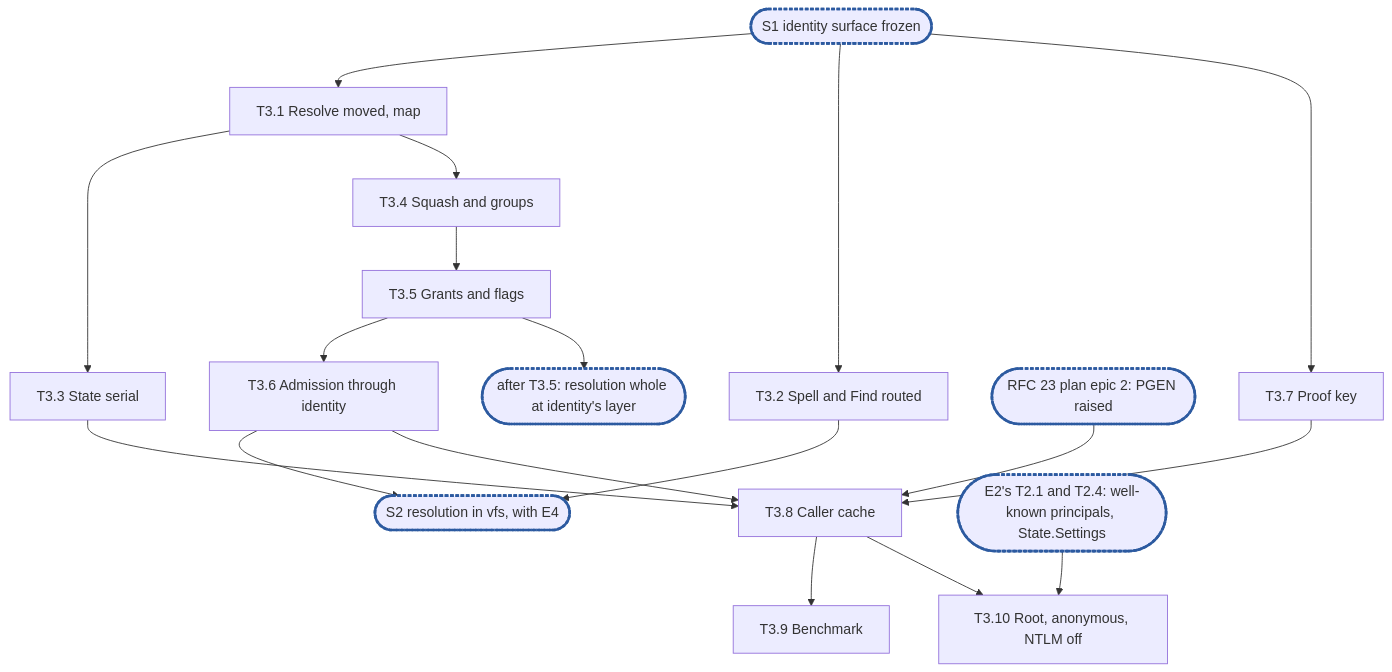
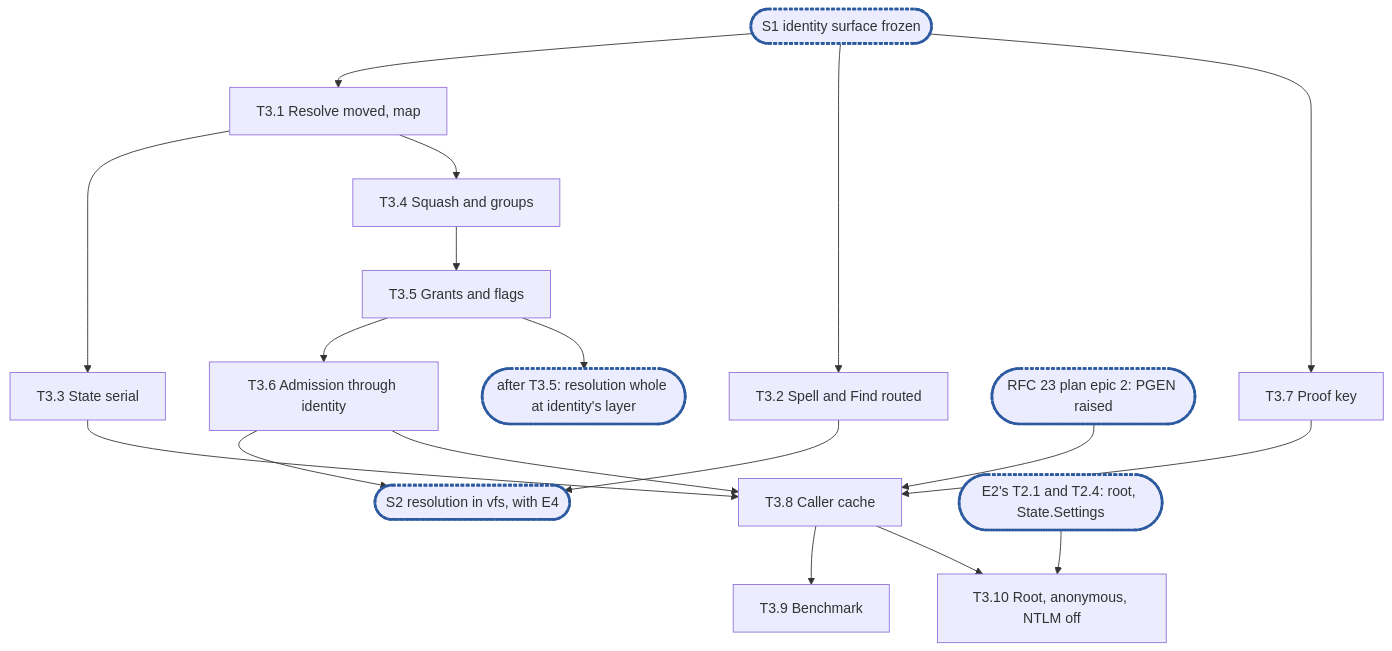
One commit to cubbit/dittofs changed the diagram in docs/internals/planning/rfc-18-identity-epic3.md. Above: the diagram before and after it, drawn with Mermaid. The commit also changed other lines of this file, not shown here.

````diff
--- a/docs/internals/planning/rfc-18-identity-epic3.md
+++ b/docs/internals/planning/rfc-18-identity-epic3.md
@@ -560,16 +597,16 @@
 ```mermaid
 flowchart TD
   S1(["S1 identity surface frozen"]):::sync --> T3_1["T3.1 Resolve moved, map"]
   S1 --> T3_2["T3.2 Spell and Find routed"]
   T3_1 --> T3_3["T3.3 State serial"]
   T3_1 --> T3_4["T3.4 Squash and groups"] --> T3_5["T3.5 Grants and flags"] --> T3_6["T3.6 Admission through identity"]
   S1 --> T3_7["T3.7 Proof key"]
   T3_2 & T3_6 --> S2(["S2 resolution in vfs, with E4"]):::sync
   X1(["RFC 23 plan epic 2: PGEN raised"]):::sync --> T3_8
   T3_3 & T3_6 & T3_7 --> T3_8["T3.8 Caller cache"]
   T3_8 --> T3_9["T3.9 Benchmark"]
-  E2(["E2's T2.1 and T2.4: well-known principals, State.Settings"]):::sync --> T3_10["T3.10 Root, anonymous, NTLM off"]
+  E2(["E2's T2.1 and T2.4: root, State.Settings"]):::sync --> T3_10["T3.10 Root, anonymous, NTLM off"]
   T3_8 --> T3_10
   T3_5 --> C1(["after T3.5: resolution whole at identity's layer"]):::sync
   classDef sync stroke:#2c5aa0,stroke-width:3px,stroke-dasharray:4 2
 ```
````
